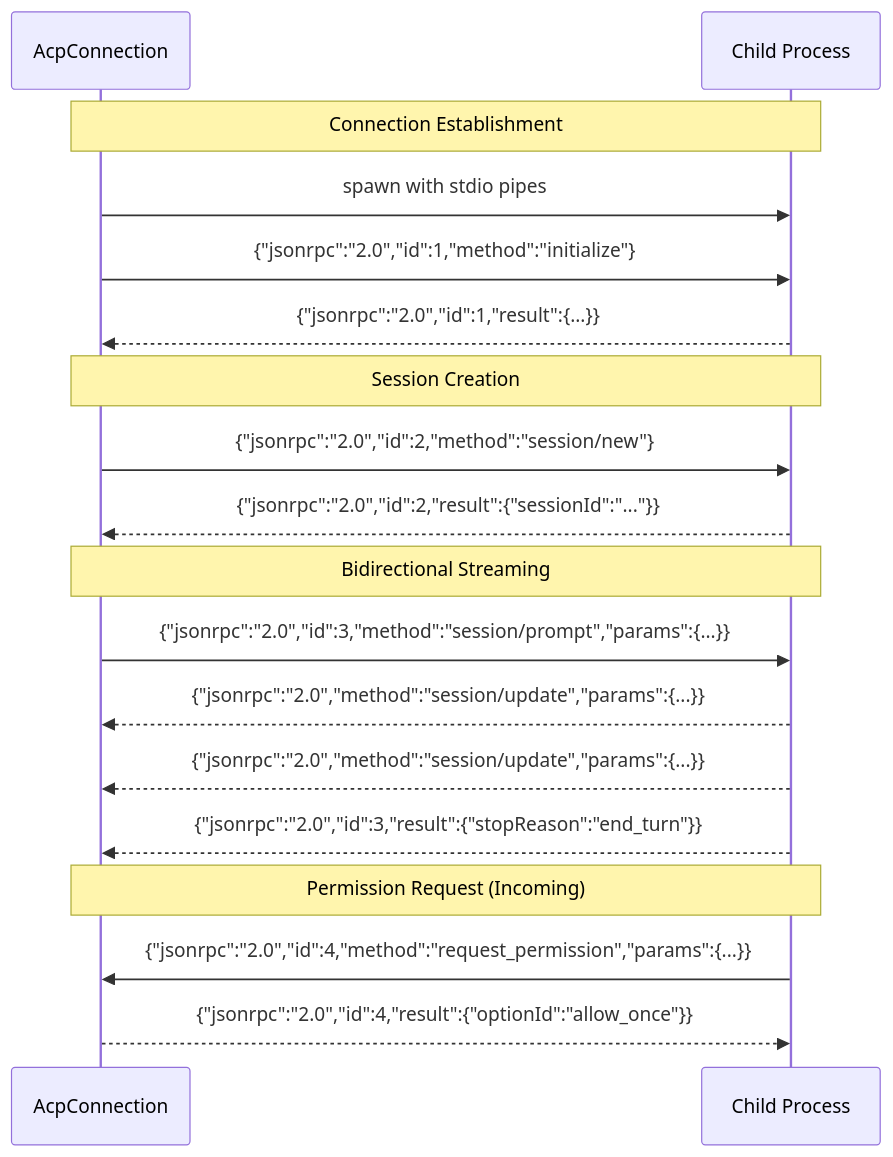
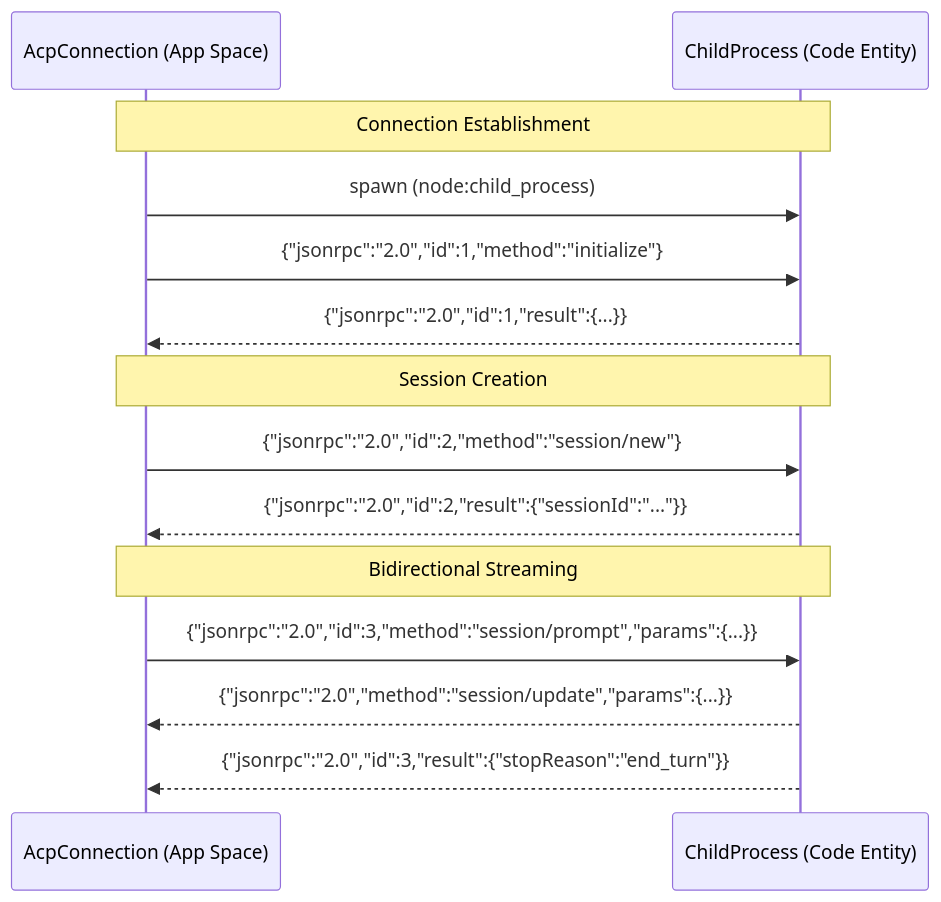
One commit to blackcater/zentree changed the second of 2 diagrams in docs/iOfficeAI_AionUi/ai-agent-systems/acp-agent-integration.md. Above: the diagram before and after it, drawn with Mermaid. The commit also changed other lines of this file and 232 other files, not shown here.

````diff
--- a/docs/iOfficeAI_AionUi/ai-agent-systems/acp-agent-integration.md
+++ b/docs/iOfficeAI_AionUi/ai-agent-systems/acp-agent-integration.md
@@ -113,24 +112,19 @@
 ```mermaid
 sequenceDiagram
-    participant App as AcpConnection
-    participant CLI as Child Process
-
+    participant App as AcpConnection (App Space)
+    participant CLI as ChildProcess (Code Entity)
+    
     Note over App,CLI: Connection Establishment
-    App->>CLI: spawn with stdio pipes
+    App->>CLI: spawn (node:child_process)
     App->>CLI: {"jsonrpc":"2.0","id":1,"method":"initialize"}
     CLI-->>App: {"jsonrpc":"2.0","id":1,"result":{...}}
-
+    
     Note over App,CLI: Session Creation
     App->>CLI: {"jsonrpc":"2.0","id":2,"method":"session/new"}
     CLI-->>App: {"jsonrpc":"2.0","id":2,"result":{"sessionId":"..."}}
-
+    
     Note over App,CLI: Bidirectional Streaming
     App->>CLI: {"jsonrpc":"2.0","id":3,"method":"session/prompt","params":{...}}
     CLI-->>App: {"jsonrpc":"2.0","method":"session/update","params":{...}}
-    CLI-->>App: {"jsonrpc":"2.0","method":"session/update","params":{...}}
     CLI-->>App: {"jsonrpc":"2.0","id":3,"result":{"stopReason":"end_turn"}}
-
-    Note over App,CLI: Permission Request (Incoming)
-    CLI->>App: {"jsonrpc":"2.0","id":4,"method":"request_permission","params":{...}}
-    App-->>CLI: {"jsonrpc":"2.0","id":4,"result":{"optionId":"allow_once"}}
 ```
````
